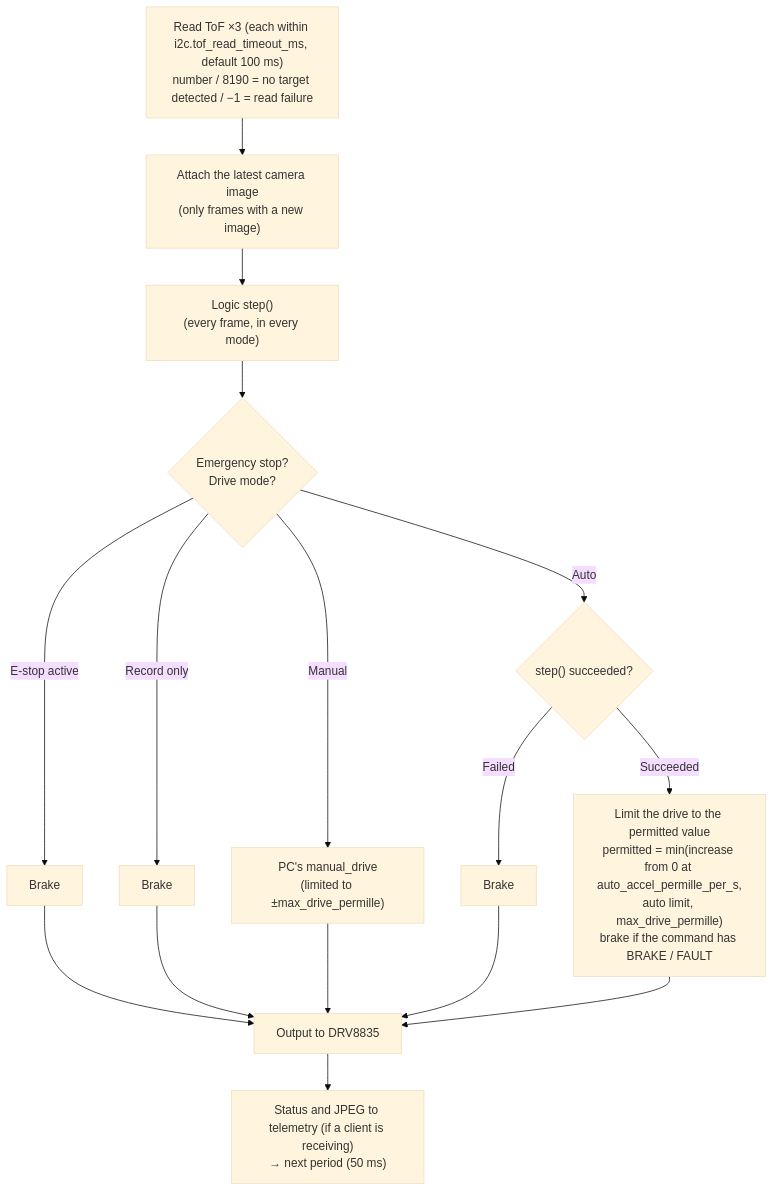
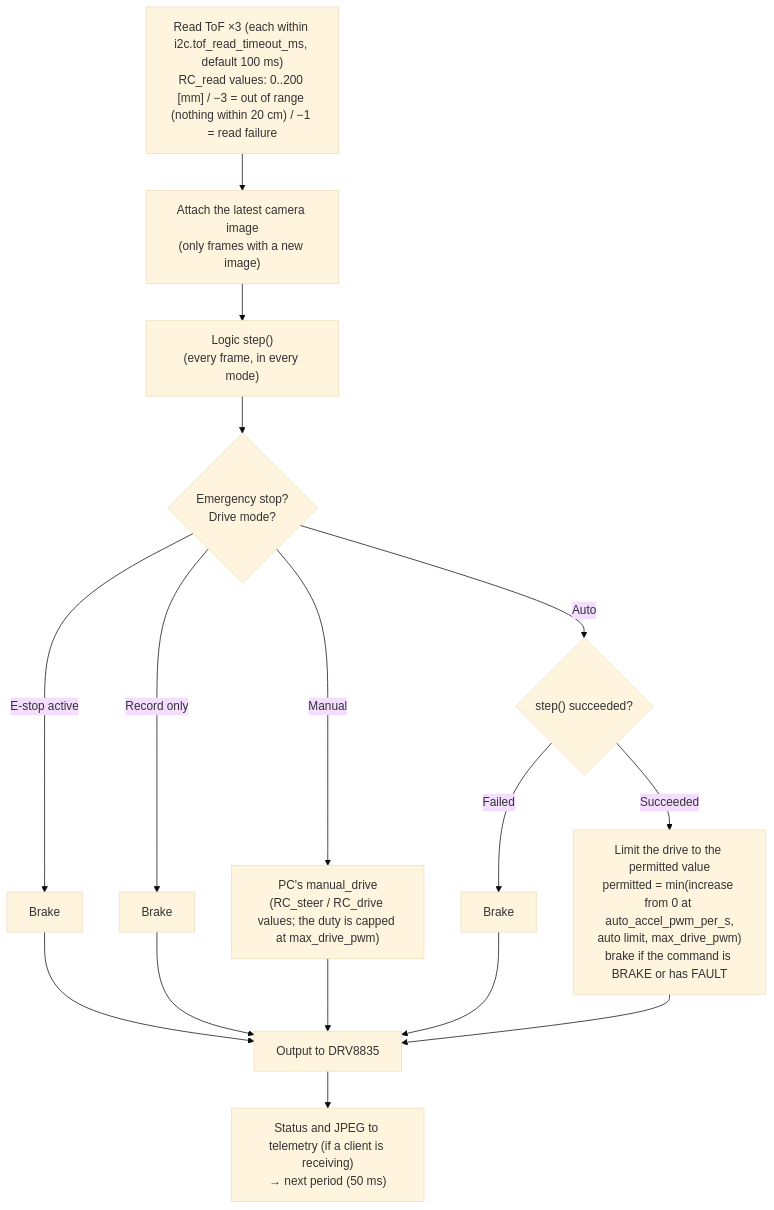
One commit to RumiCar-group/RumiCar-Zero2Cam changed the diagram in docs/figures/en/10-frame.mmd. Above: the diagram before and after it, drawn with Mermaid (base theme). The commit also changed 64 other files, not shown here.

```diff
--- a/docs/figures/en/10-frame.mmd
+++ b/docs/figures/en/10-frame.mmd
@@ -1,16 +1,16 @@
 flowchart TD
-    A["Read ToF ×3 (each within i2c.tof_read_timeout_ms, default 100 ms)<br/>number / 8190 = no target detected / −1 = read failure"] --> B["Attach the latest camera image<br/>(only frames with a new image)"]
+    A["Read ToF ×3 (each within i2c.tof_read_timeout_ms, default 100 ms)<br/>RC_read values: 0..200 [mm] / −3 = out of range (nothing within 20 cm) / −1 = read failure"] --> B["Attach the latest camera image<br/>(only frames with a new image)"]
     B --> C["Logic step()<br/>(every frame, in every mode)"]
     C --> E{"Emergency stop?<br/>Drive mode?"}
     E -->|"E-stop active"| B1["Brake"]
     E -->|"Record only"| B2["Brake"]
-    E -->|"Manual"| H["PC's manual_drive<br/>(limited to ±max_drive_permille)"]
+    E -->|"Manual"| H["PC's manual_drive<br/>(RC_steer / RC_drive values; the duty is capped at max_drive_pwm)"]
     E -->|"Auto"| F{"step() succeeded?"}
     F -->|"Failed"| B3["Brake"]
-    F -->|"Succeeded"| G["Limit the drive to the permitted value<br/>permitted = min(increase from 0 at auto_accel_permille_per_s,<br/>auto limit, max_drive_permille)<br/>brake if the command has BRAKE / FAULT"]
+    F -->|"Succeeded"| G["Limit the drive to the permitted value<br/>permitted = min(increase from 0 at auto_accel_pwm_per_s,<br/>auto limit, max_drive_pwm)<br/>brake if the command is BRAKE or has FAULT"]
     B1 --> MO["Output to DRV8835"]
     B2 --> MO
     B3 --> MO
     H --> MO
     G --> MO
     MO --> T["Status and JPEG to telemetry (if a client is receiving)<br/>→ next period (50 ms)"]
```
